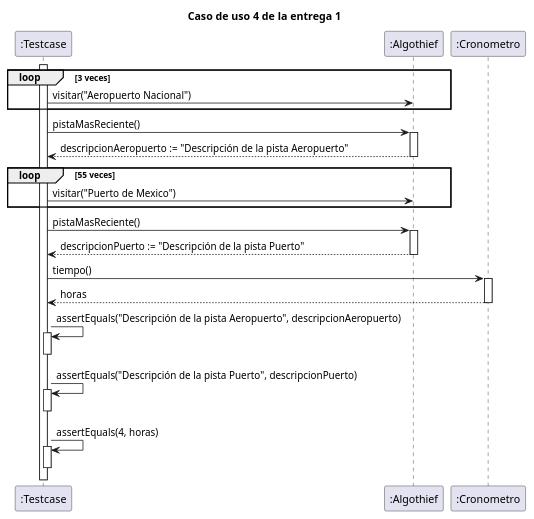
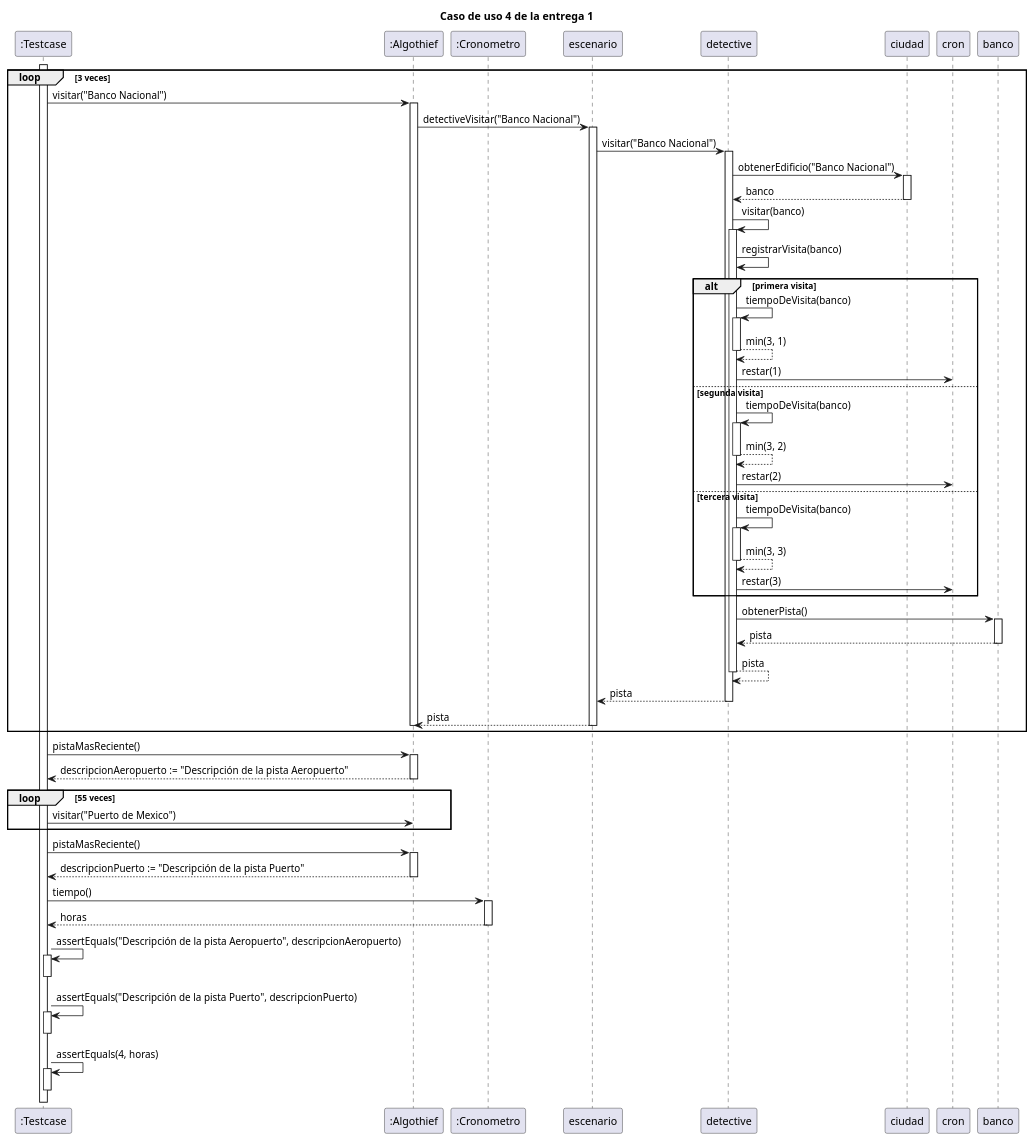
One commit to MegaRedHand/algo-thief changed the diagram in diagrams/sequences/secuencia_entrega1_testcase04.plantuml. Above: the diagram before and after it, drawn with PlantUML. The commit also changed 13 other files, not shown here.

First line of the commit message:
docs: termino de actualizar diagramas

```diff
--- a/diagrams/sequences/secuencia_entrega1_testcase04.plantuml
+++ b/diagrams/sequences/secuencia_entrega1_testcase04.plantuml
@@ -1,37 +1,61 @@
 @startuml
 
 title "Caso de uso 4 de la entrega 1"
 
 participant ":Testcase" as testcase
 participant ":Algothief" as algothief
 participant ":Cronometro" as cronometro
 
 
 activate testcase
-'Se podría ampliar este loop para mostrar qué pasa al visitar varias veces
 loop 3 veces
-    testcase -> algothief: visitar("Aeropuerto Nacional")
+    testcase -> algothief++: visitar("Banco Nacional")
+        algothief -> escenario++: detectiveVisitar("Banco Nacional")
+            escenario -> detective++: visitar("Banco Nacional")
+                detective -> ciudad++: obtenerEdificio("Banco Nacional")
+                    return banco
+                detective -> detective++: visitar(banco)
+                    detective -> detective: registrarVisita(banco)
+                    alt primera visita
+                        detective -> detective++: tiempoDeVisita(banco)
+                        return min(3, 1)
+                    detective -> cron: restar(1)
+                    else segunda visita
+                        detective -> detective++: tiempoDeVisita(banco)
+                        return min(3, 2)
+                    detective -> cron: restar(2)
+                    else tercera visita
+                        detective -> detective++: tiempoDeVisita(banco)
+                        return min(3, 3)
+                    detective -> cron: restar(3)
+                    end alt
+                    detective -> banco++: obtenerPista()
+                        return pista
+                    return pista
+                return pista
+            return pista
+        deactivate algothief
 end loop
 testcase -> algothief++: pistaMasReciente()
     return descripcionAeropuerto := "Descripción de la pista Aeropuerto"
 
 loop 55 veces
     testcase -> algothief: visitar("Puerto de Mexico")
 end loop
 testcase -> algothief++: pistaMasReciente()
     return descripcionPuerto := "Descripción de la pista Puerto"
 
 
 testcase -> cronometro++: tiempo()
     return horas
 
 testcase -> testcase++: assertEquals("Descripción de la pista Aeropuerto", descripcionAeropuerto)
 deactivate testcase
 
 testcase -> testcase++: assertEquals("Descripción de la pista Puerto", descripcionPuerto)
 deactivate testcase
 
 testcase -> testcase++: assertEquals(4, horas)
 deactivate testcase
 
 @enduml
```
